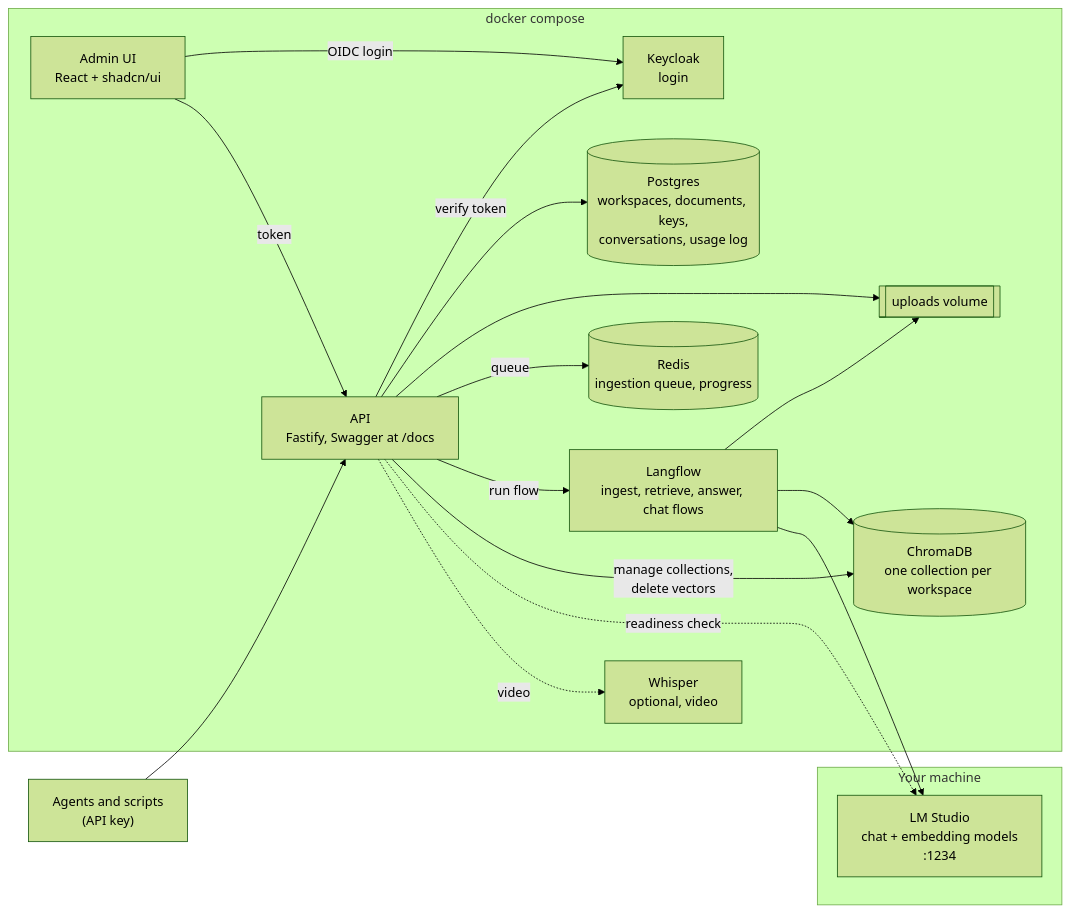
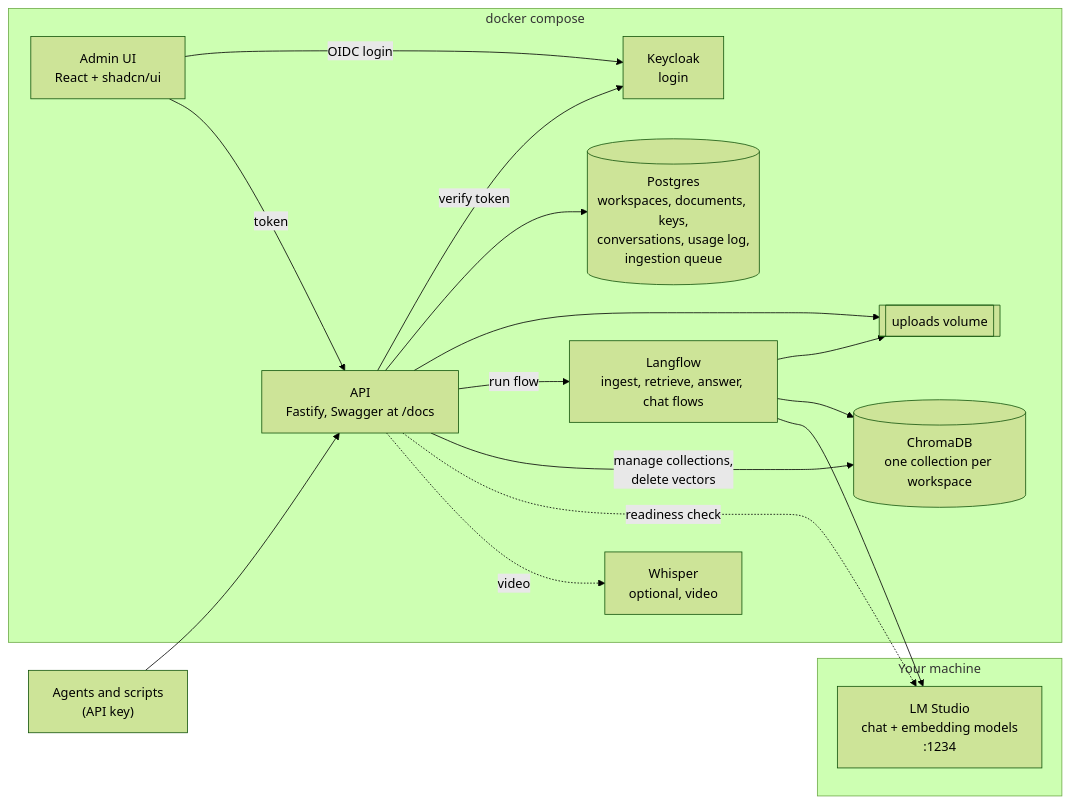
One commit to g-terra/rag-workspaces changed the first of 2 diagrams in docs/architecture.md. Above: the diagram before and after it, drawn with Mermaid (forest theme). The commit also changed other lines of this file and 2 other files, not shown here.

First line of the commit message:
docs: ingestion queue on Postgres (pg-boss), drop Redis

````diff
--- a/docs/architecture.md
+++ b/docs/architecture.md
@@ -22,31 +22,29 @@
 ```mermaid
 flowchart LR
   subgraph host["Your machine"]
     LMS["LM Studio<br/>chat + embedding models<br/>:1234"]
   end
   subgraph compose["docker compose"]
     KC["Keycloak<br/>login"]
     WEB["Admin UI<br/>React + shadcn/ui"]
     API["API<br/>Fastify, Swagger at /docs"]
     LF["Langflow<br/>ingest, retrieve, answer, chat flows"]
     CH[("ChromaDB<br/>one collection per workspace")]
-    PG[("Postgres<br/>workspaces, documents, keys,<br/>conversations, usage log")]
-    RD[("Redis<br/>ingestion queue, progress")]
+    PG[("Postgres<br/>workspaces, documents, keys,<br/>conversations, usage log,<br/>ingestion queue")]
     WH["Whisper<br/>optional, video"]
     VOL[["uploads volume"]]
   end
   AG["Agents and scripts<br/>(API key)"] --> API
   WEB -- OIDC login --> KC
   WEB -- token --> API
   API -- verify token --> KC
   API --> PG
   API --> VOL
-  API -- queue --> RD
   API -- run flow --> LF
   API -- manage collections,<br/>delete vectors --> CH
   API -. readiness check .-> LMS
   LF --> VOL
   LF --> CH
   LF --> LMS
   API -. video .-> WH
 ```
````
